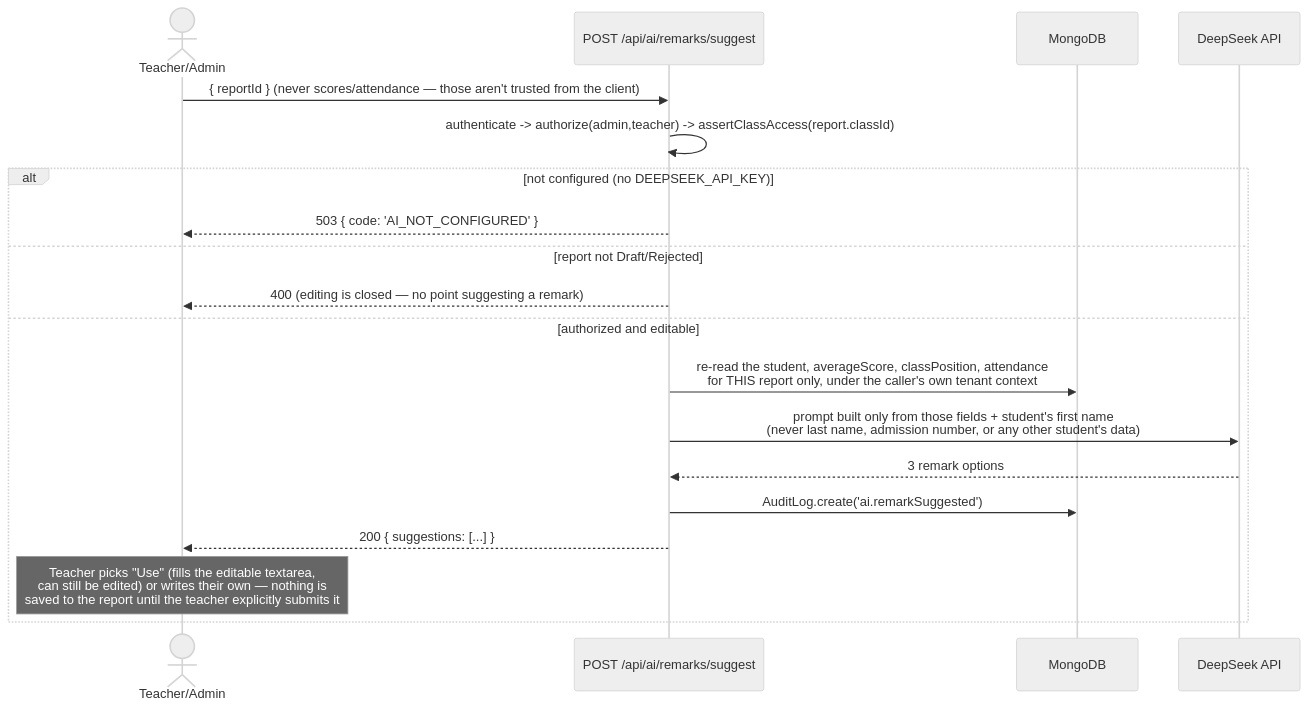
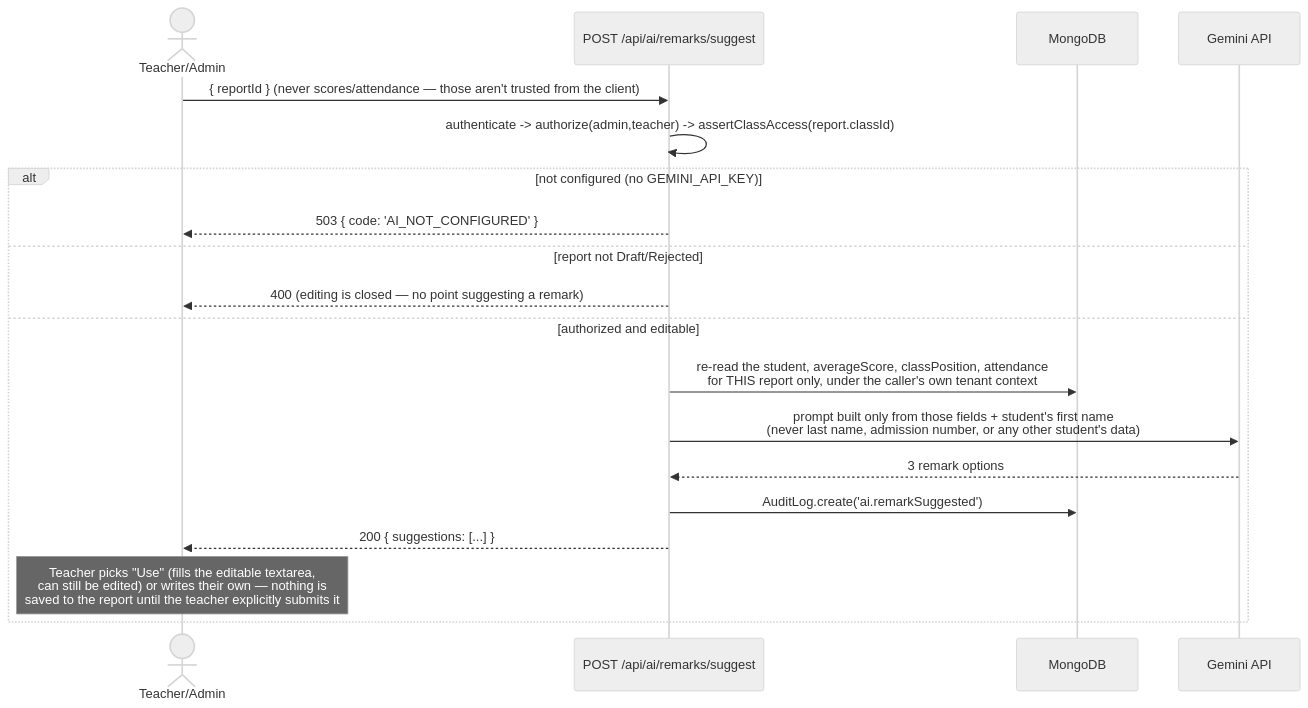
Before and after one commit to JuvelynSackey/school-management-system: diagram 19 of 26 in ARCHITECTURE.md, drawn with Mermaid (neutral theme). The commit also changed other lines of this file and 8 other files, not shown here.

First line of the commit message:
feat(ai): revert provider to Gemini, support new AQ. auth key format

````diff
--- a/ARCHITECTURE.md
+++ b/ARCHITECTURE.md
@@ -593,22 +593,22 @@
 ```mermaid
 sequenceDiagram
     actor T as Teacher/Admin
     participant API as POST /api/ai/remarks/suggest
     participant DB as MongoDB
-    participant AI as DeepSeek API
+    participant AI as Gemini API
 
     T->>API: { reportId }  (never scores/attendance — those aren't trusted from the client)
     API->>API: authenticate -> authorize(admin,teacher) -> assertClassAccess(report.classId)
-    alt not configured (no DEEPSEEK_API_KEY)
+    alt not configured (no GEMINI_API_KEY)
         API-->>T: 503 { code: 'AI_NOT_CONFIGURED' }
     else report not Draft/Rejected
         API-->>T: 400 (editing is closed — no point suggesting a remark)
     else authorized and editable
         API->>DB: re-read the student, averageScore, classPosition, attendance<br/>for THIS report only, under the caller's own tenant context
         API->>AI: prompt built only from those fields + student's first name<br/>(never last name, admission number, or any other student's data)
         AI-->>API: 3 remark options
         API->>DB: AuditLog.create('ai.remarkSuggested')
         API-->>T: 200 { suggestions: [...] }
         Note over T: Teacher picks "Use" (fills the editable textarea,<br/>can still be edited) or writes their own — nothing is<br/>saved to the report until the teacher explicitly submits it
     end
 ```
````
